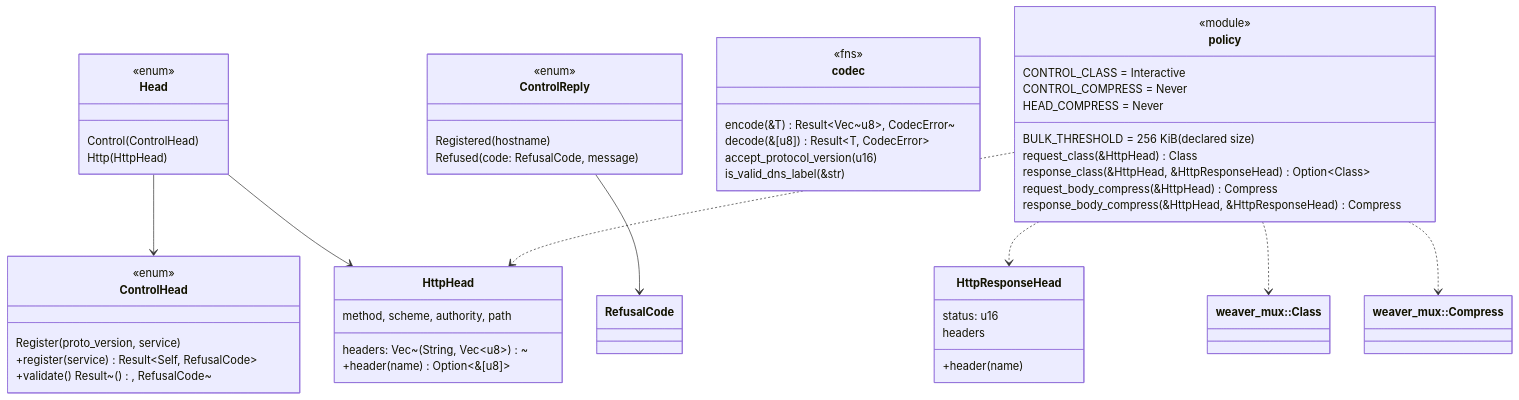
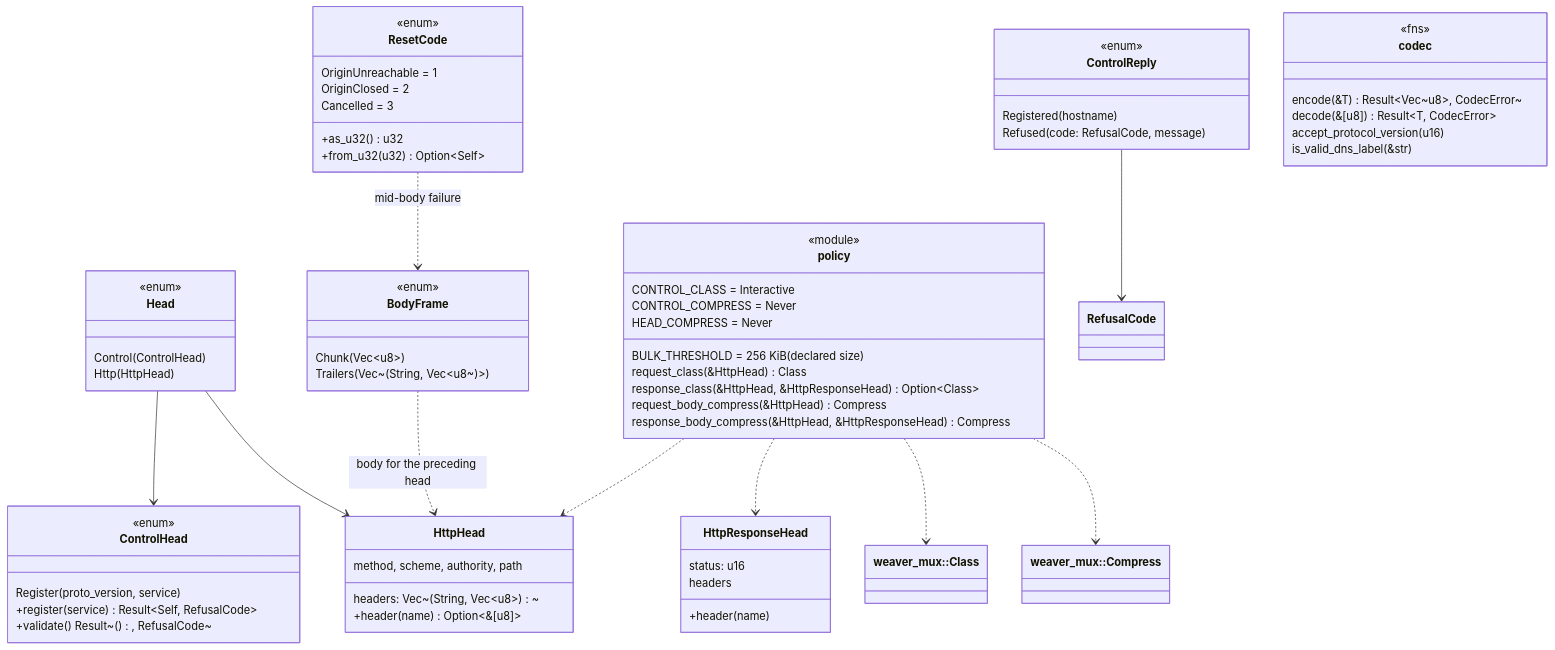
One commit to OffworldNexus/tunnel-weaver changed the eighth of 13 diagrams in docs/architecture.md. Above: the diagram before and after it, drawn with Mermaid. The commit also changed other lines of this file and 32 other files, not shown here.

````diff
--- a/docs/architecture.md
+++ b/docs/architecture.md
@@ -307,56 +307,71 @@
 ```mermaid
 classDiagram
     class Head {
         <<enum>>
         Control(ControlHead)
         Http(HttpHead)
     }
     class ControlHead {
         <<enum>>
         Register(proto_version, service)
         +register(service) Result~Self, RefusalCode~
         +validate() Result~(), RefusalCode~
     }
     class ControlReply {
         <<enum>>
         Registered(hostname)
         Refused(code: RefusalCode, message)
     }
     class HttpHead {
         method, scheme, authority, path
         headers: Vec~(String, Vec~u8~)~
         +header(name) Option~&[u8]~
     }
     class HttpResponseHead {
         status: u16
         headers
         +header(name)
     }
+    class BodyFrame {
+        <<enum>>
+        Chunk(Vec~u8~)
+        Trailers(Vec~(String, Vec~u8~)~)
+    }
+    class ResetCode {
+        <<enum>>
+        OriginUnreachable = 1
+        OriginClosed = 2
+        Cancelled = 3
+        +as_u32() u32
+        +from_u32(u32) Option~Self~
+    }
     class codec {
         <<fns>>
         encode(&T) Result~Vec~u8~, CodecError~
         decode(&[u8]) Result~T, CodecError~
         accept_protocol_version(u16)
         is_valid_dns_label(&str)
     }
     class policy {
         <<module>>
         CONTROL_CLASS = Interactive
         CONTROL_COMPRESS = Never
         HEAD_COMPRESS = Never
         BULK_THRESHOLD = 256 KiB (declared size)
         request_class(&HttpHead) Class
         response_class(&HttpHead, &HttpResponseHead) Option~Class~
         request_body_compress(&HttpHead) Compress
         response_body_compress(&HttpHead, &HttpResponseHead) Compress
     }
     Head --> ControlHead
     Head --> HttpHead
     ControlReply --> RefusalCode
     policy ..> HttpHead
     policy ..> HttpResponseHead
+    BodyFrame ..> HttpHead : body for the preceding head
+    ResetCode ..> BodyFrame : mid-body failure
     class mux_Class["weaver_mux::Class"]
     class mux_Compress["weaver_mux::Compress"]
     policy ..> mux_Class
     policy ..> mux_Compress
 ```
````
